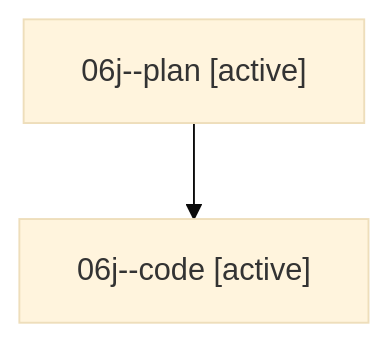
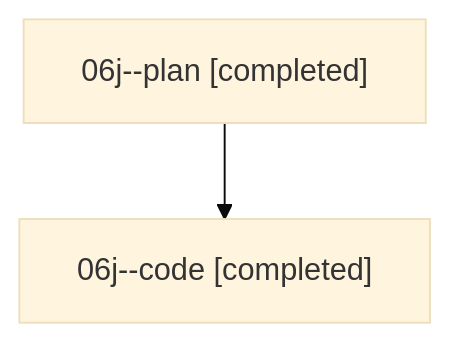
Before and after one commit to sase-org/sase--agents: the diagram in families/bbugyi200.athena.06j.md, drawn with Mermaid (base theme). The commit also changed other lines of this file and 168 other files, not shown here.

````diff
--- a/families/bbugyi200.athena.06j.md
+++ b/families/bbugyi200.athena.06j.md
@@ -9,6 +9,6 @@
 ```mermaid
 flowchart TD
-  n0["06j--plan [active]"]
-  n1["06j--code [active]"]
+  n0["06j--plan [completed]"]
+  n1["06j--code [completed]"]
   n0 --> n1
 ```
````
